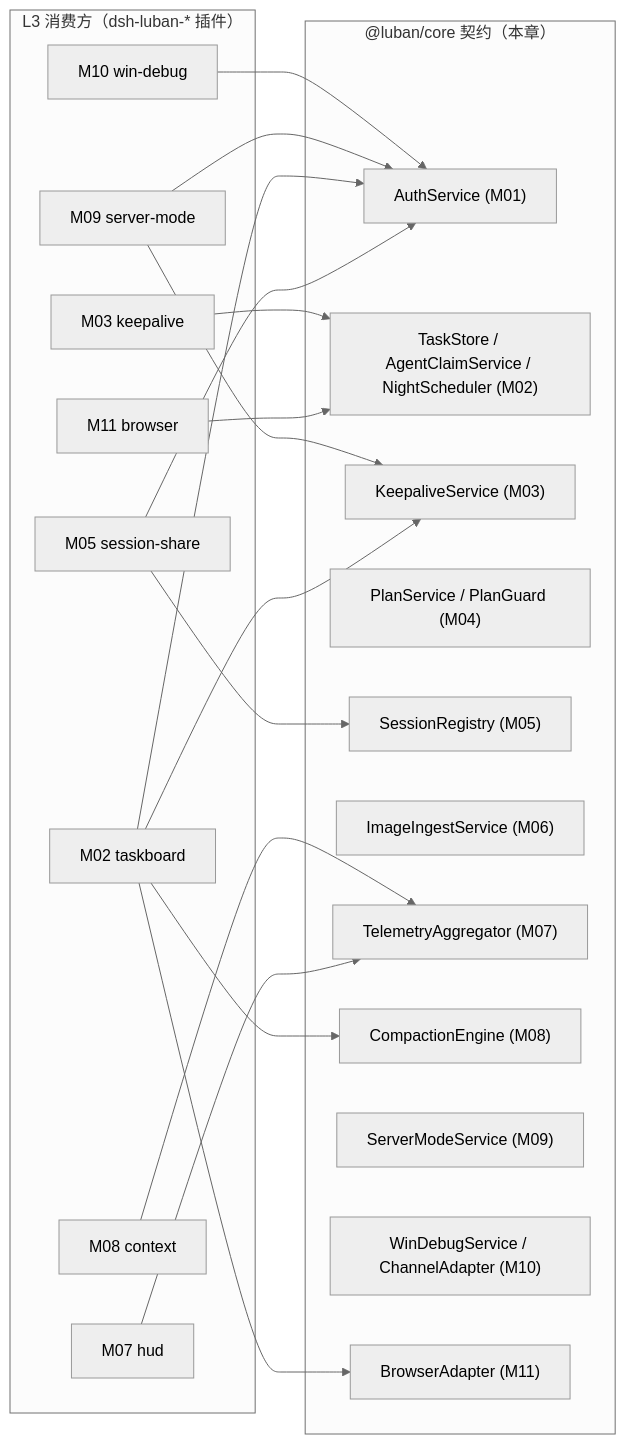
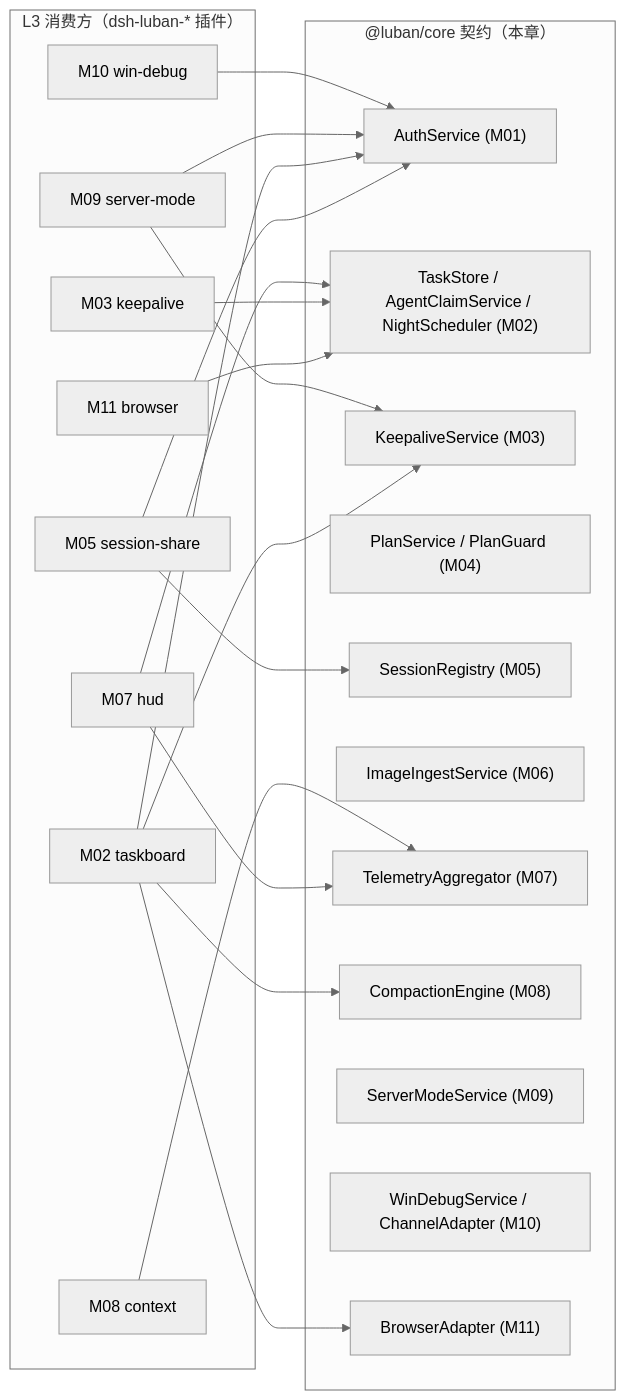
One commit to yin52133/dsh-luban changed the diagram in design/04-interfaces/api-overview.md. Above: the diagram before and after it, drawn with Mermaid (neutral theme). The commit also changed other lines of this file and 15 other files, not shown here.

````diff
--- a/design/04-interfaces/api-overview.md
+++ b/design/04-interfaces/api-overview.md
@@ -14,34 +15,35 @@
 ```mermaid
 flowchart LR
     subgraph Consumers["L3 消费方（dsh-luban-* 插件）"]
         M02["M02 taskboard"]
         M03["M03 keepalive"]
         M05["M05 session-share"]
         M07["M07 hud"]
         M08["M08 context"]
         M09["M09 server-mode"]
         M10["M10 win-debug"]
         M11["M11 browser"]
     end
     subgraph Contracts["@luban/core 契约（本章）"]
         A["AuthService (M01)"]
         T["TaskStore / AgentClaimService / NightScheduler (M02)"]
         K["KeepaliveService (M03)"]
         PG["PlanService / PlanGuard (M04)"]
         SR["SessionRegistry (M05)"]
         II["ImageIngestService (M06)"]
         TA["TelemetryAggregator (M07)"]
         CE["CompactionEngine (M08)"]
         SM["ServerModeService (M09)"]
         WD["WinDebugService / ChannelAdapter (M10)"]
         BR["BrowserAdapter (M11)"]
     end
     M05 --> A & SR
     M02 --> A & K & CE & BR
     M07 --> TA
     M08 --> TA
     M09 --> K & A
     M10 --> A
     M11 --> T
     M03 --> T
+    M07 --> T
 ```
````
